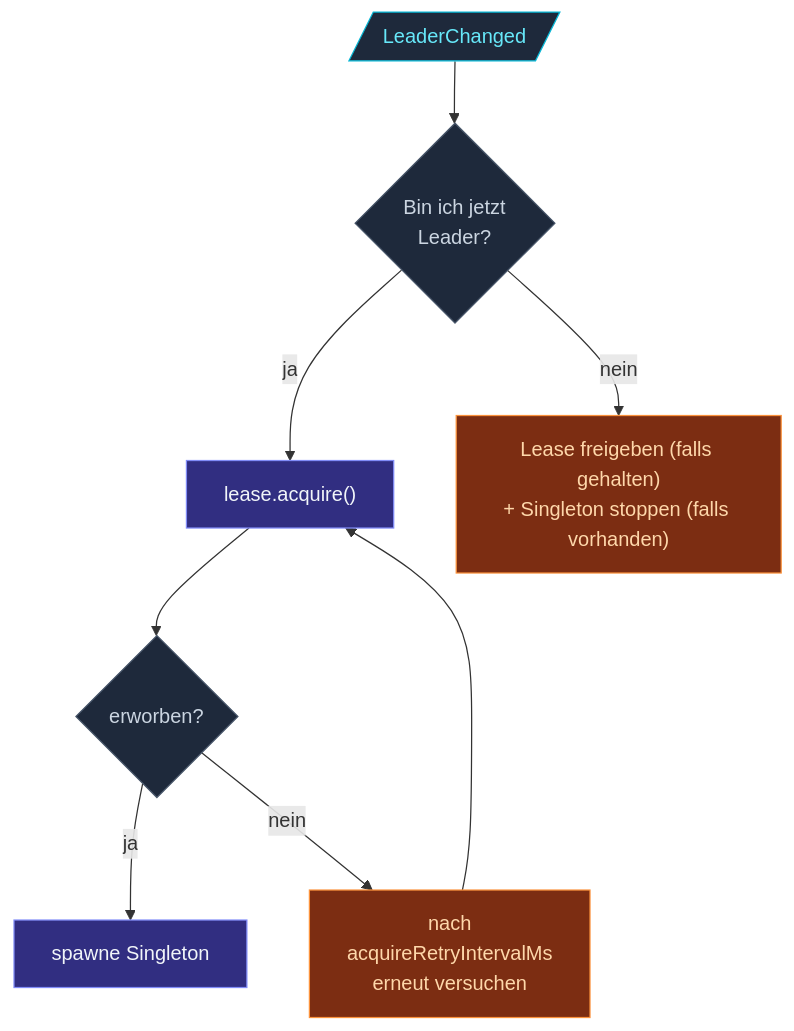
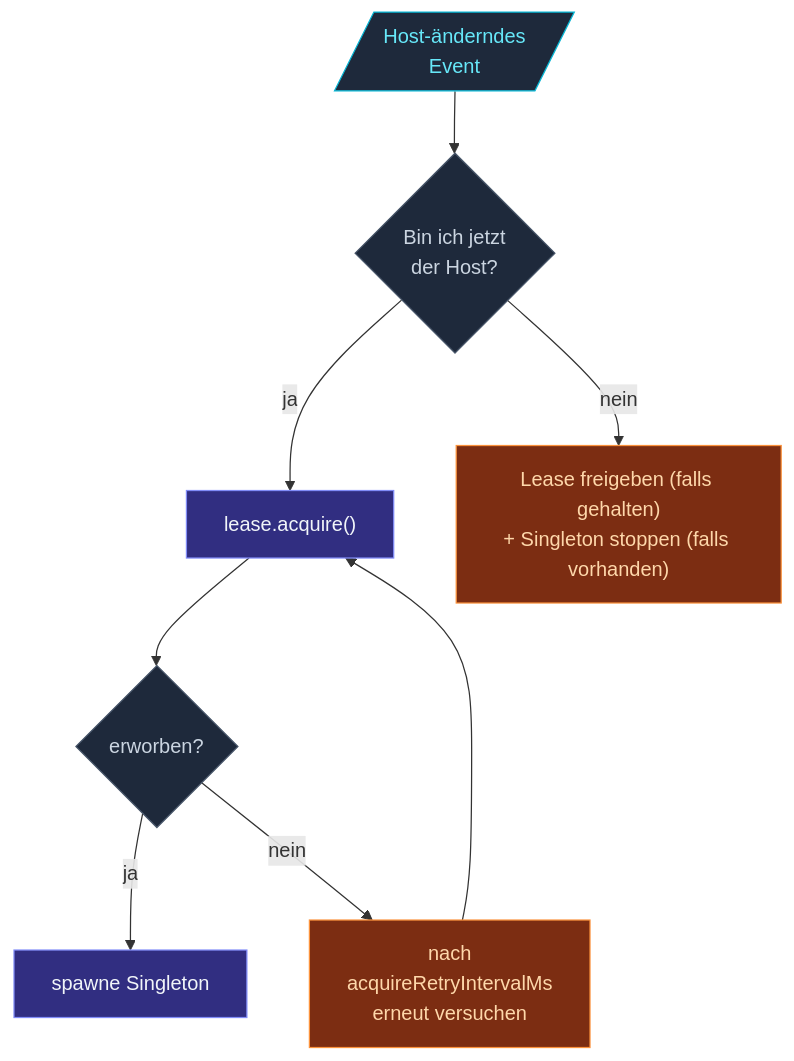
The second of 2 diagrams in docs/src/content/docs/de/cluster/singleton/manager.mdx (pathosDev/actor-ts), drawn with Mermaid before and after one commit. The commit also changed other lines of this file and 3 other files, not shown here.

````diff
--- a/docs/src/content/docs/de/cluster/singleton/manager.mdx
+++ b/docs/src/content/docs/de/cluster/singleton/manager.mdx
@@ -140,25 +171,25 @@
 ```mermaid
 flowchart TB
-  EVT[/"LeaderChanged"/]
-  ASK{"Bin ich jetzt<br/>Leader?"}
+  EVT[/"Host-änderndes<br/>Event"/]
+  ASK{"Bin ich jetzt<br/>der Host?"}
   ACQ["lease.acquire()"]
   GOT{"erworben?"}
   SPAWN["spawne Singleton"]
   RETRY["nach<br/>acquireRetryIntervalMs<br/>erneut versuchen"]
   RELEASE["Lease freigeben (falls gehalten)<br/>+ Singleton stoppen (falls vorhanden)"]
   EVT --> ASK
   ASK -- "ja" --> ACQ
   ASK -- "nein"  --> RELEASE
   ACQ --> GOT
   GOT -- "ja" --> SPAWN
   GOT -- "nein"  --> RETRY
   RETRY --> ACQ
   classDef evt    fill:#1e293b,stroke:#06b6d4,color:#67e8f9;
   classDef ok     fill:#312e81,stroke:#818cf8,color:#f1f5f9;
   classDef warn   fill:#7c2d12,stroke:#fb923c,color:#fed7aa;
   classDef step   fill:#1e293b,stroke:#475569,color:#cbd5e1;
   class EVT evt
   class ACQ,SPAWN ok
   class RETRY,RELEASE warn
   class ASK,GOT step
 ```
````
